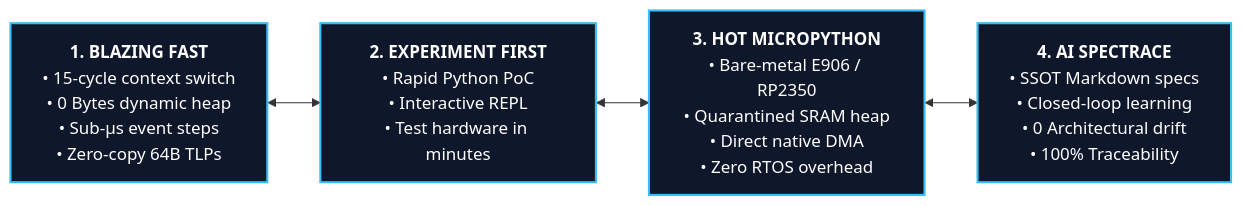
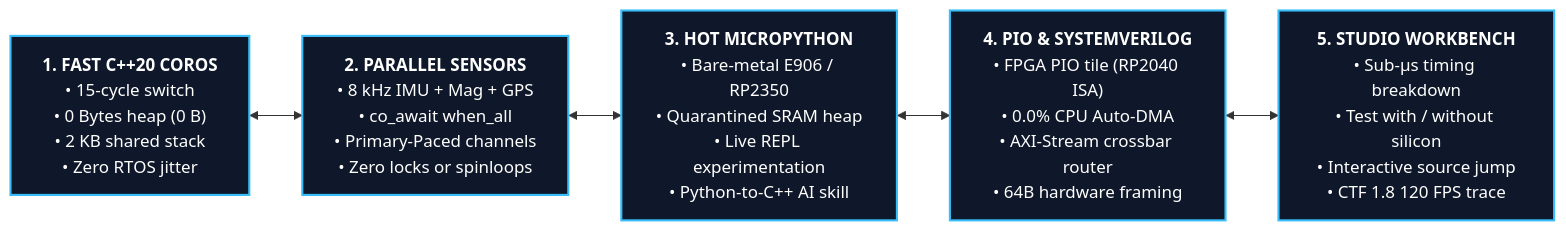
One commit to tcmichals/AbstractX changed the diagram in README.md. Above: the diagram before and after it, drawn with Mermaid. The commit also changed other lines of this file and 1 other file, not shown here.

First line of the commit message:
docs: amplify README with POP for PIO, SystemVerilog, parallel sensor fusion, and Studio timing

````diff
--- a/README.md
+++ b/README.md
@@ -33,11 +39,12 @@
 ```mermaid
 flowchart LR
-    A["<b>1. BLAZING FAST</b><br/>• 15-cycle context switch<br/>• 0 Bytes dynamic heap<br/>• Sub-µs event steps<br/>• Zero-copy 64B TLPs"]
-    B["<b>2. EXPERIMENT FIRST</b><br/>• Rapid Python PoC<br/>• Interactive REPL<br/>• Test hardware in minutes"]
-    C["<b>3. HOT MICROPYTHON</b><br/>• Bare-metal E906 / RP2350<br/>• Quarantined SRAM heap<br/>• Direct native DMA<br/>• Zero RTOS overhead"]
-    D["<b>4. AI SPECTRACE</b><br/>• SSOT Markdown specs<br/>• Closed-loop learning<br/>• 0 Architectural drift<br/>• 100% Traceability"]
+    A["<b>1. FAST C++20 COROS</b><br/>• 15-cycle switch<br/>• 0 Bytes heap (0 B)<br/>• 2 KB shared stack<br/>• Zero RTOS jitter"]
+    B["<b>2. PARALLEL SENSORS</b><br/>• 8 kHz IMU + Mag + GPS<br/>• co_await when_all<br/>• Primary-Paced channels<br/>• Zero locks or spinloops"]
+    C["<b>3. HOT MICROPYTHON</b><br/>• Bare-metal E906 / RP2350<br/>• Quarantined SRAM heap<br/>• Live REPL experimentation<br/>• Python-to-C++ AI skill"]
+    D["<b>4. PIO & SYSTEMVERILOG</b><br/>• FPGA PIO tile (RP2040 ISA)<br/>• 0.0% CPU Auto-DMA<br/>• AXI-Stream crossbar router<br/>• 64B hardware framing"]
+    E["<b>5. STUDIO WORKBENCH</b><br/>• Sub-µs timing breakdown<br/>• Test with / without silicon<br/>• Interactive source jump<br/>• CTF 1.8 120 FPS trace"]
 
-    A <--> B <--> C <--> D
+    A <--> B <--> C <--> D <--> E
     classDef col fill:#0f172a,stroke:#38bdf8,stroke-width:2px,color:#ffffff;
-    class A,B,C,D col;
+    class A,B,C,D,E col;
 ```
````
